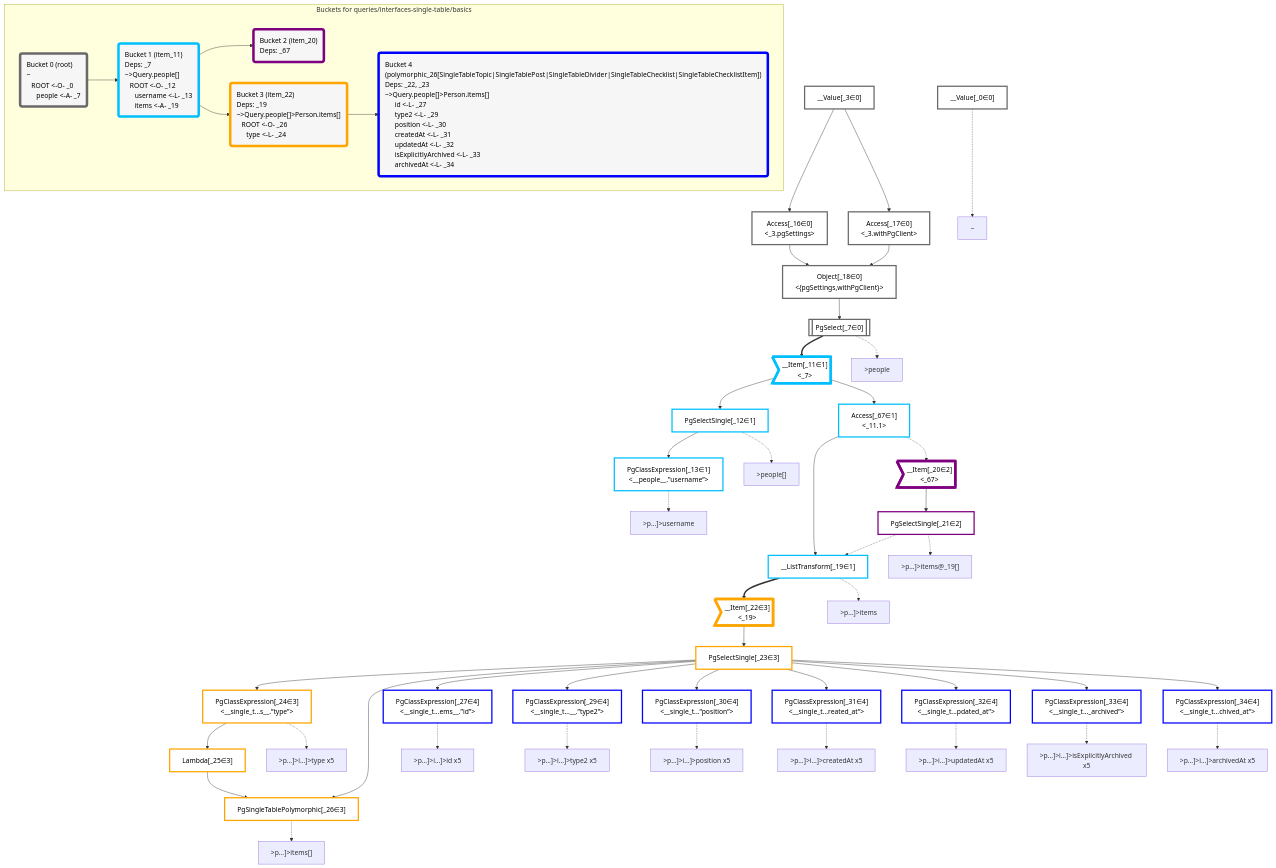
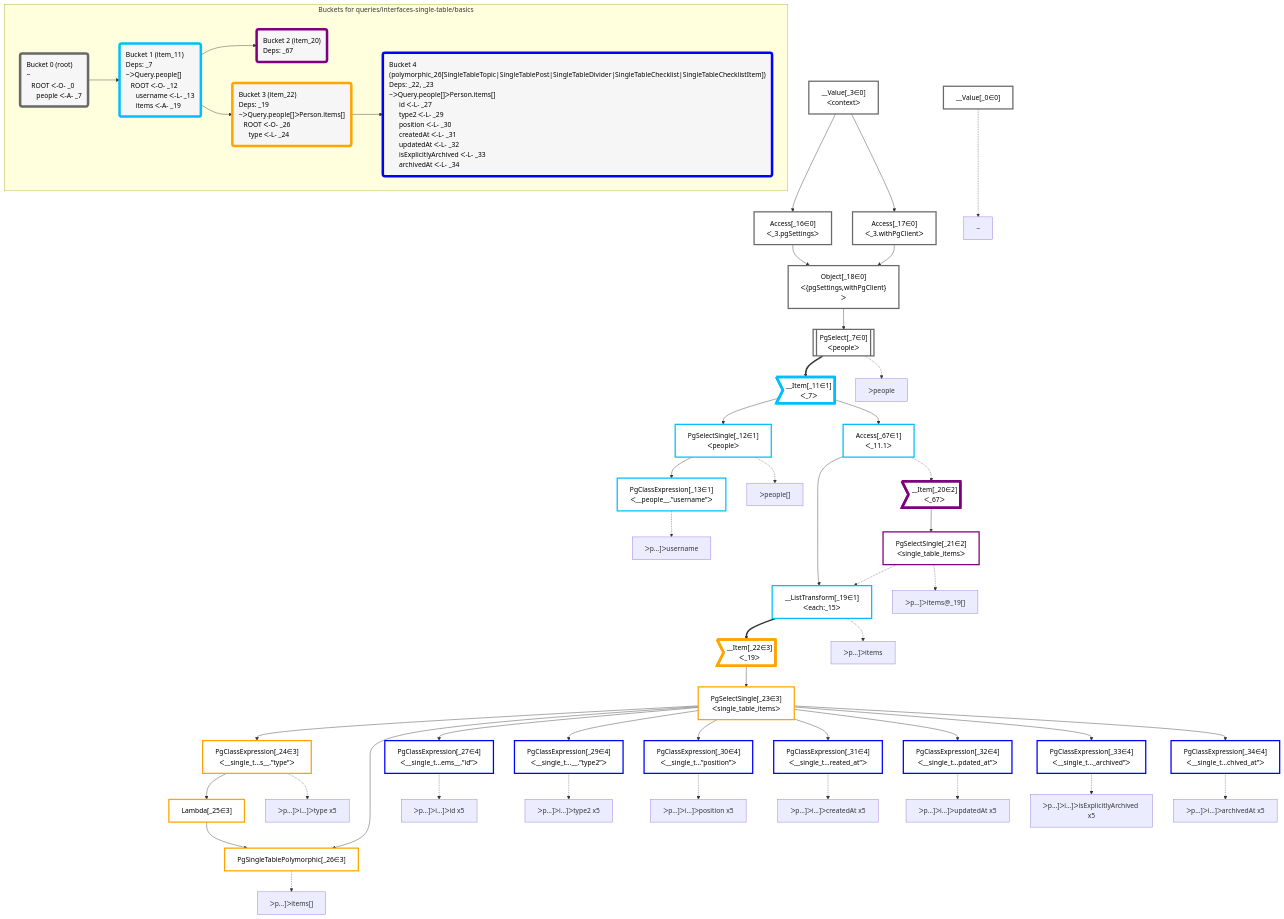
One commit to graphile/crystal changed the diagram in packages/dataplan-pg/__tests__/queries/interfaces-single-table/basics.mermaid.md. Above: the diagram before and after it, drawn with Mermaid. The commit also changed 195 other files, not shown here.

```diff
--- a/packages/dataplan-pg/__tests__/queries/interfaces-single-table/basics.mermaid.md
+++ b/packages/dataplan-pg/__tests__/queries/interfaces-single-table/basics.mermaid.md
@@ -9,30 +9,30 @@
 
     %% define plans
     __Value_0["__Value[_0∈0]"]:::plan
-    __Value_3["__Value[_3∈0]<br /><context>"]:::plan
-    PgSelect_7[["PgSelect[_7∈0]<br /><people>"]]:::plan
-    __Item_11>"__Item[_11∈1]<br /><_7>"]:::itemplan
-    PgSelectSingle_12["PgSelectSingle[_12∈1]<br /><people>"]:::plan
-    PgClassExpression_13["PgClassExpression[_13∈1]<br /><__people__.”username”>"]:::plan
-    Access_16["Access[_16∈0]<br /><_3.pgSettings>"]:::plan
-    Access_17["Access[_17∈0]<br /><_3.withPgClient>"]:::plan
-    Object_18["Object[_18∈0]<br /><{pgSettings,withPgClient}>"]:::plan
-    __ListTransform_19["__ListTransform[_19∈1]<br /><each:_15>"]:::plan
-    __Item_20>"__Item[_20∈2]<br /><_67>"]:::itemplan
-    PgSelectSingle_21["PgSelectSingle[_21∈2]<br /><single_table_items>"]:::plan
-    __Item_22>"__Item[_22∈3]<br /><_19>"]:::itemplan
-    PgSelectSingle_23["PgSelectSingle[_23∈3]<br /><single_table_items>"]:::plan
-    PgClassExpression_24["PgClassExpression[_24∈3]<br /><__single_t...s__.”type”>"]:::plan
+    __Value_3["__Value[_3∈0]<br />ᐸcontextᐳ"]:::plan
+    PgSelect_7[["PgSelect[_7∈0]<br />ᐸpeopleᐳ"]]:::plan
+    __Item_11>"__Item[_11∈1]<br />ᐸ_7ᐳ"]:::itemplan
+    PgSelectSingle_12["PgSelectSingle[_12∈1]<br />ᐸpeopleᐳ"]:::plan
+    PgClassExpression_13["PgClassExpression[_13∈1]<br />ᐸ__people__.”username”ᐳ"]:::plan
+    Access_16["Access[_16∈0]<br />ᐸ_3.pgSettingsᐳ"]:::plan
+    Access_17["Access[_17∈0]<br />ᐸ_3.withPgClientᐳ"]:::plan
+    Object_18["Object[_18∈0]<br />ᐸ{pgSettings,withPgClient}ᐳ"]:::plan
+    __ListTransform_19["__ListTransform[_19∈1]<br />ᐸeach:_15ᐳ"]:::plan
+    __Item_20>"__Item[_20∈2]<br />ᐸ_67ᐳ"]:::itemplan
+    PgSelectSingle_21["PgSelectSingle[_21∈2]<br />ᐸsingle_table_itemsᐳ"]:::plan
+    __Item_22>"__Item[_22∈3]<br />ᐸ_19ᐳ"]:::itemplan
+    PgSelectSingle_23["PgSelectSingle[_23∈3]<br />ᐸsingle_table_itemsᐳ"]:::plan
+    PgClassExpression_24["PgClassExpression[_24∈3]<br />ᐸ__single_t...s__.”type”ᐳ"]:::plan
     Lambda_25["Lambda[_25∈3]"]:::plan
     PgSingleTablePolymorphic_26["PgSingleTablePolymorphic[_26∈3]"]:::plan
-    PgClassExpression_27["PgClassExpression[_27∈4]<br /><__single_t...ems__.”id”>"]:::plan
-    PgClassExpression_29["PgClassExpression[_29∈4]<br /><__single_t...__.”type2”>"]:::plan
-    PgClassExpression_30["PgClassExpression[_30∈4]<br /><__single_t...”position”>"]:::plan
-    PgClassExpression_31["PgClassExpression[_31∈4]<br /><__single_t...reated_at”>"]:::plan
-    PgClassExpression_32["PgClassExpression[_32∈4]<br /><__single_t...pdated_at”>"]:::plan
-    PgClassExpression_33["PgClassExpression[_33∈4]<br /><__single_t..._archived”>"]:::plan
-    PgClassExpression_34["PgClassExpression[_34∈4]<br /><__single_t...chived_at”>"]:::plan
-    Access_67["Access[_67∈1]<br /><_11.1>"]:::plan
+    PgClassExpression_27["PgClassExpression[_27∈4]<br />ᐸ__single_t...ems__.”id”ᐳ"]:::plan
+    PgClassExpression_29["PgClassExpression[_29∈4]<br />ᐸ__single_t...__.”type2”ᐳ"]:::plan
+    PgClassExpression_30["PgClassExpression[_30∈4]<br />ᐸ__single_t...”position”ᐳ"]:::plan
+    PgClassExpression_31["PgClassExpression[_31∈4]<br />ᐸ__single_t...reated_at”ᐳ"]:::plan
+    PgClassExpression_32["PgClassExpression[_32∈4]<br />ᐸ__single_t...pdated_at”ᐳ"]:::plan
+    PgClassExpression_33["PgClassExpression[_33∈4]<br />ᐸ__single_t..._archived”ᐳ"]:::plan
+    PgClassExpression_34["PgClassExpression[_34∈4]<br />ᐸ__single_t...chived_at”ᐳ"]:::plan
+    Access_67["Access[_67∈1]<br />ᐸ_11.1ᐳ"]:::plan
 
     %% plan dependencies
     Object_18 --> PgSelect_7
@@ -65,33 +65,33 @@
     %% plan-to-path relationships
     P_0["~"]
     __Value_0 -.-> P_0
-    P_7[">people"]
+    P_7["ᐳpeople"]
     PgSelect_7 -.-> P_7
-    P_12[">people[]"]
+    P_12["ᐳpeople[]"]
     PgSelectSingle_12 -.-> P_12
-    P_13[">p…]>username"]
+    P_13["ᐳp…]ᐳusername"]
     PgClassExpression_13 -.-> P_13
-    P_19[">p…]>items"]
+    P_19["ᐳp…]ᐳitems"]
     __ListTransform_19 -.-> P_19
-    P_21[">p…]>items@_19[]"]
+    P_21["ᐳp…]ᐳitems@_19[]"]
     PgSelectSingle_21 -.-> P_21
-    P_24[">p…]>i…]>type x5"]
+    P_24["ᐳp…]ᐳi…]ᐳtype x5"]
     PgClassExpression_24 -.-> P_24
-    P_26[">p…]>items[]"]
+    P_26["ᐳp…]ᐳitems[]"]
     PgSingleTablePolymorphic_26 -.-> P_26
-    P_27[">p…]>i…]>id x5"]
+    P_27["ᐳp…]ᐳi…]ᐳid x5"]
     PgClassExpression_27 -.-> P_27
-    P_29[">p…]>i…]>type2 x5"]
+    P_29["ᐳp…]ᐳi…]ᐳtype2 x5"]
     PgClassExpression_29 -.-> P_29
-    P_30[">p…]>i…]>position x5"]
+    P_30["ᐳp…]ᐳi…]ᐳposition x5"]
     PgClassExpression_30 -.-> P_30
-    P_31[">p…]>i…]>createdAt x5"]
+    P_31["ᐳp…]ᐳi…]ᐳcreatedAt x5"]
     PgClassExpression_31 -.-> P_31
-    P_32[">p…]>i…]>updatedAt x5"]
+    P_32["ᐳp…]ᐳi…]ᐳupdatedAt x5"]
     PgClassExpression_32 -.-> P_32
-    P_33[">p…]>i…]>isExplicitlyArchived x5"]
+    P_33["ᐳp…]ᐳi…]ᐳisExplicitlyArchived x5"]
     PgClassExpression_33 -.-> P_33
-    P_34[">p…]>i…]>archivedAt x5"]
+    P_34["ᐳp…]ᐳi…]ᐳarchivedAt x5"]
     PgClassExpression_34 -.-> P_34
 
     %% allocate buckets
@@ -107,18 +107,18 @@
     class PgClassExpression_27,PgClassExpression_29,PgClassExpression_30,PgClassExpression_31,PgClassExpression_32,PgClassExpression_33,PgClassExpression_34 bucket4
 
     subgraph "Buckets for queries/interfaces-single-table/basics"
-    Bucket0("Bucket 0 (root)<br />~<br />⠀ROOT <-O- _0<br />⠀⠀people <-A- _7"):::bucket
+    Bucket0("Bucket 0 (root)<br />~<br />⠀ROOT ᐸ-O- _0<br />⠀⠀people ᐸ-A- _7"):::bucket
     style Bucket0 stroke:#696969
-    Bucket1("Bucket 1 (item_11)<br />Deps: _7<br />~>Query.people[]<br />⠀ROOT <-O- _12<br />⠀⠀username <-L- _13<br />⠀⠀items <-A- _19"):::bucket
+    Bucket1("Bucket 1 (item_11)<br />Deps: _7<br />~ᐳQuery.people[]<br />⠀ROOT ᐸ-O- _12<br />⠀⠀username ᐸ-L- _13<br />⠀⠀items ᐸ-A- _19"):::bucket
     style Bucket1 stroke:#00bfff
     Bucket0 --> Bucket1
     Bucket2("Bucket 2 (item_20)<br />Deps: _67"):::bucket
     style Bucket2 stroke:#7f007f
     Bucket1 --> Bucket2
-    Bucket3("Bucket 3 (item_22)<br />Deps: _19<br />~>Query.people[]>Person.items[]<br />⠀ROOT <-O- _26<br />⠀⠀type <-L- _24"):::bucket
+    Bucket3("Bucket 3 (item_22)<br />Deps: _19<br />~ᐳQuery.people[]ᐳPerson.items[]<br />⠀ROOT ᐸ-O- _26<br />⠀⠀type ᐸ-L- _24"):::bucket
     style Bucket3 stroke:#ffa500
     Bucket1 --> Bucket3
-    Bucket4("Bucket 4 (polymorphic_26[SingleTableTopic|SingleTablePost|SingleTableDivider|SingleTableChecklist|SingleTableChecklistItem])<br />Deps: _22, _23<br />~>Query.people[]>Person.items[]<br />⠀⠀id <-L- _27<br />⠀⠀type2 <-L- _29<br />⠀⠀position <-L- _30<br />⠀⠀createdAt <-L- _31<br />⠀⠀updatedAt <-L- _32<br />⠀⠀isExplicitlyArchived <-L- _33<br />⠀⠀archivedAt <-L- _34"):::bucket
+    Bucket4("Bucket 4 (polymorphic_26[SingleTableTopic|SingleTablePost|SingleTableDivider|SingleTableChecklist|SingleTableChecklistItem])<br />Deps: _22, _23<br />~ᐳQuery.people[]ᐳPerson.items[]<br />⠀⠀id ᐸ-L- _27<br />⠀⠀type2 ᐸ-L- _29<br />⠀⠀position ᐸ-L- _30<br />⠀⠀createdAt ᐸ-L- _31<br />⠀⠀updatedAt ᐸ-L- _32<br />⠀⠀isExplicitlyArchived ᐸ-L- _33<br />⠀⠀archivedAt ᐸ-L- _34"):::bucket
     style Bucket4 stroke:#0000ff
     Bucket3 --> Bucket4
     end
```
